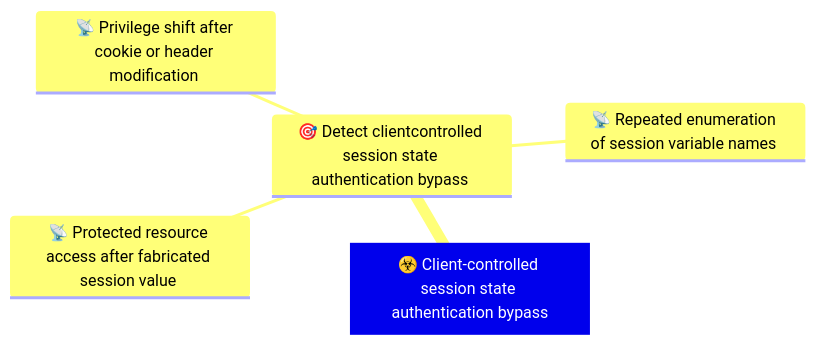
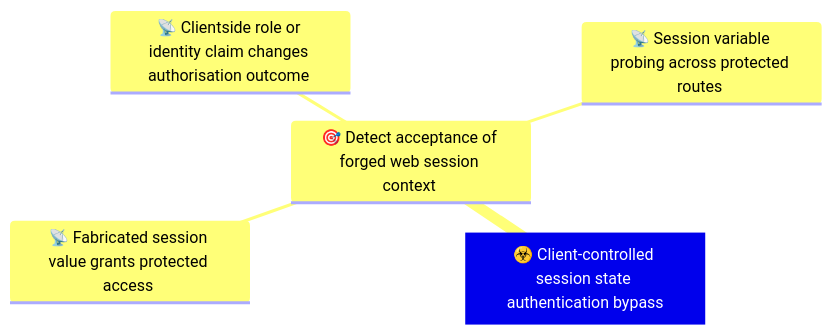
Before and after one commit to OpenTideHQ/WikiTide: the first of 2 diagrams in Models/Threat Vectors/☣️ Client-controlled session state authentication bypass.md, drawn with Mermaid. The commit also changed other lines of this file and 8 other files, not shown here.

````diff
--- a/Models/Threat Vectors/☣️ Client-controlled session state authentication bypass.md
+++ b/Models/Threat Vectors/☣️ Client-controlled session state authentication bypass.md
@@ -64,13 +64,13 @@
 ```mermaid
 
 mindmap
 Root[☣️ Client-controlled session state authentication bypass]
     
-      🎯 Detect clientcontrolled session state authentication bypass 
-          📡 Protected resource access after fabricated session value 
-          📡 Privilege shift after cookie or header modification 
-          📡 Repeated enumeration of session variable names 
+      🎯 Detect acceptance of forged web session context 
+          📡 Fabricated session value grants protected access 
+          📡 Clientside role or identity claim changes authorisation outcome 
+          📡 Session variable probing across protected routes 
     
 
 
 ```
````
